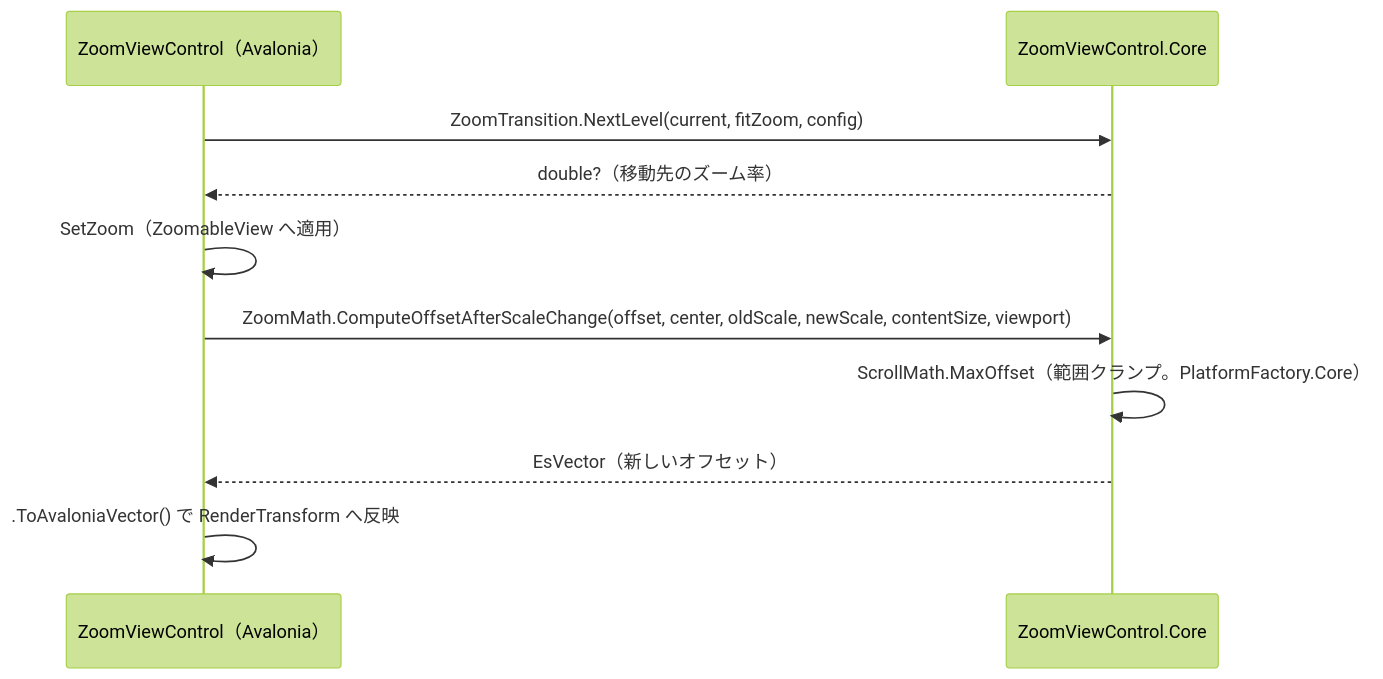
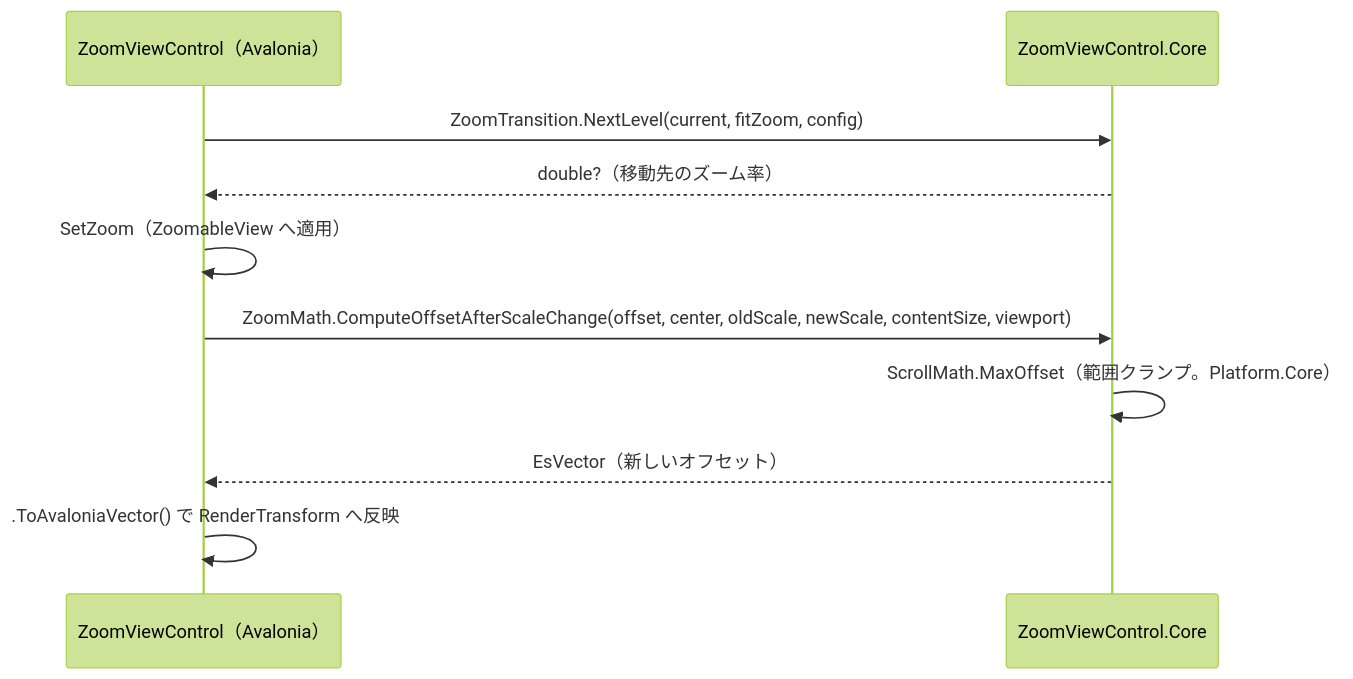
One commit to tomokuni/SaveEvidence changed the second of 2 diagrams in src/ZoomViewControl.Core/SPEC_System.md. Above: the diagram before and after it, drawn with Mermaid (forest theme). The commit also changed other lines of this file and 504 other files, not shown here.

````diff
--- a/src/ZoomViewControl.Core/SPEC_System.md
+++ b/src/ZoomViewControl.Core/SPEC_System.md
@@ -38,13 +38,13 @@
 ```mermaid
 sequenceDiagram
   participant UI as ZoomViewControl（Avalonia）
   participant Core as ZoomViewControl.Core
 
   UI->>Core: ZoomTransition.NextLevel(current, fitZoom, config)
   Core-->>UI: double?（移動先のズーム率）
   UI->>UI: SetZoom（ZoomableView へ適用）
   UI->>Core: ZoomMath.ComputeOffsetAfterScaleChange(offset, center, oldScale, newScale, contentSize, viewport)
-  Core->>Core: ScrollMath.MaxOffset（範囲クランプ。PlatformFactory.Core）
+  Core->>Core: ScrollMath.MaxOffset（範囲クランプ。Platform.Core）
   Core-->>UI: EsVector（新しいオフセット）
   UI->>UI: .ToAvaloniaVector() で RenderTransform へ反映
 ```
````
